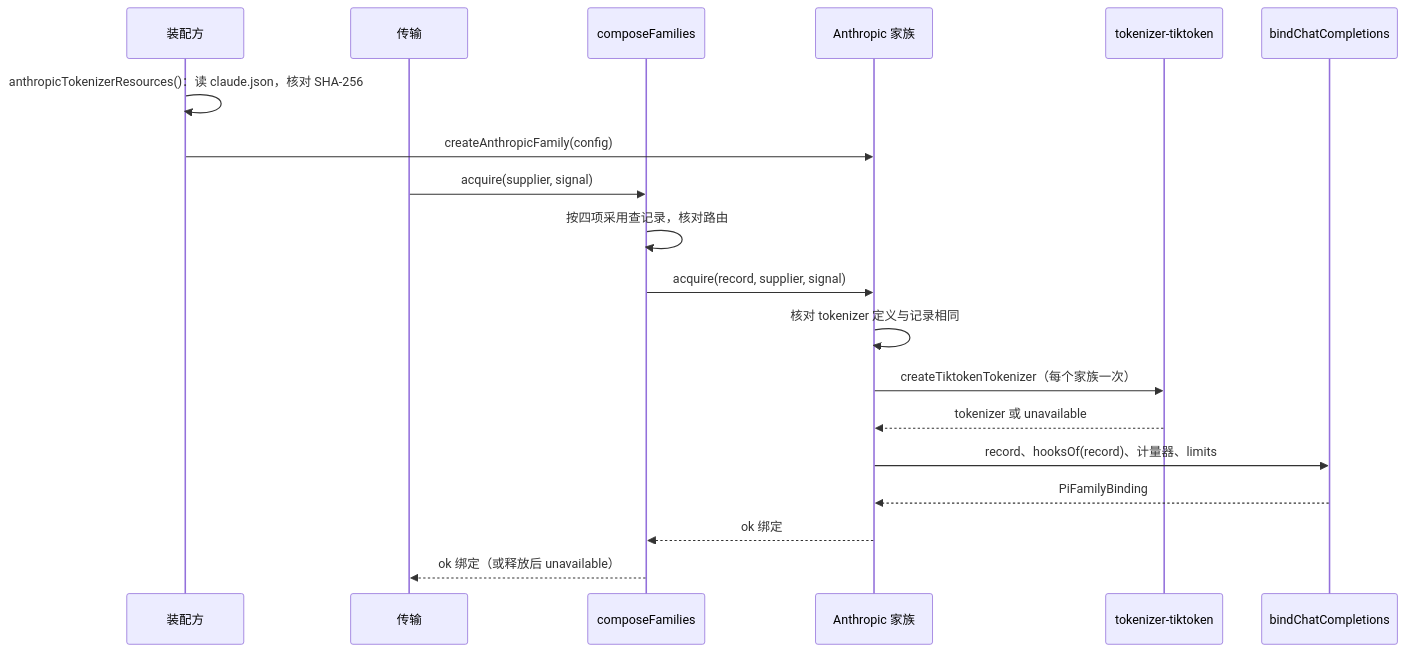
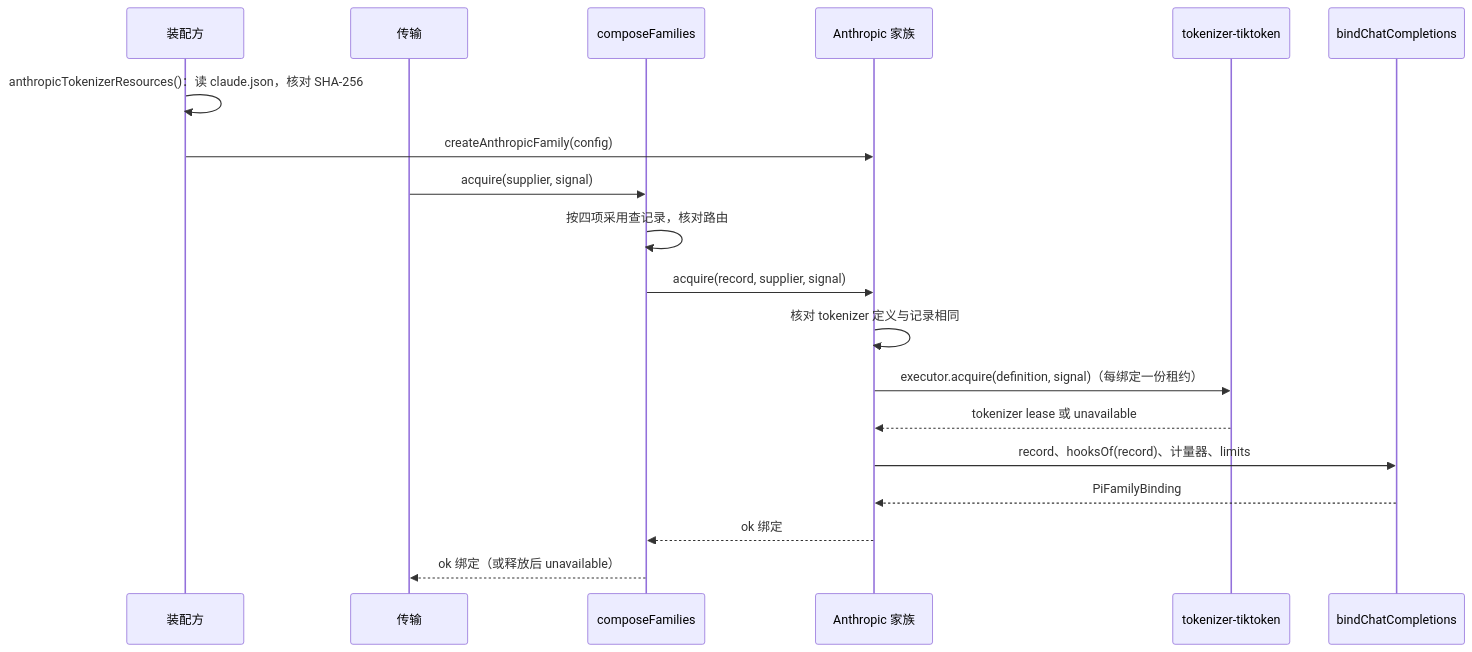
Before and after one commit to nemori-ai/omne-harness-lite: the first of 2 diagrams in packages/model/pi-ai-anthropic/docs/flows.md, drawn with Mermaid. The commit also changed other lines of this file and 75 other files, not shown here.

````diff
--- a/packages/model/pi-ai-anthropic/docs/flows.md
+++ b/packages/model/pi-ai-anthropic/docs/flows.md
@@ -9,21 +9,21 @@
 ```mermaid
 sequenceDiagram
   participant A as 装配方
   participant T as 传输
   participant C as composeFamilies
   participant F as Anthropic 家族
   participant K as tokenizer-tiktoken
   participant E as bindChatCompletions
   A->>A: anthropicTokenizerResources()：读 claude.json，核对 SHA-256
   A->>F: createAnthropicFamily(config)
   T->>C: acquire(supplier, signal)
   C->>C: 按四项采用查记录，核对路由
   C->>F: acquire(record, supplier, signal)
   F->>F: 核对 tokenizer 定义与记录相同
-  F->>K: createTiktokenTokenizer（每个家族一次）
-  K-->>F: tokenizer 或 unavailable
+  F->>K: executor.acquire(definition, signal)（每绑定一份租约）
+  K-->>F: tokenizer lease 或 unavailable
   F->>E: record、hooksOf(record)、计量器、limits
   E-->>F: PiFamilyBinding
   F-->>C: ok 绑定
   C-->>T: ok 绑定（或释放后 unavailable）
 ```
````
